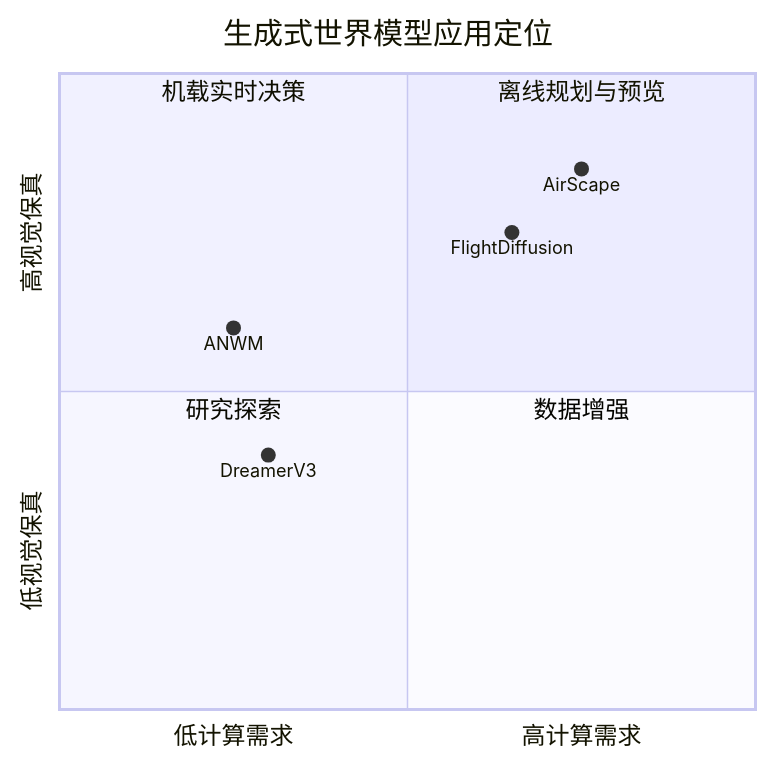
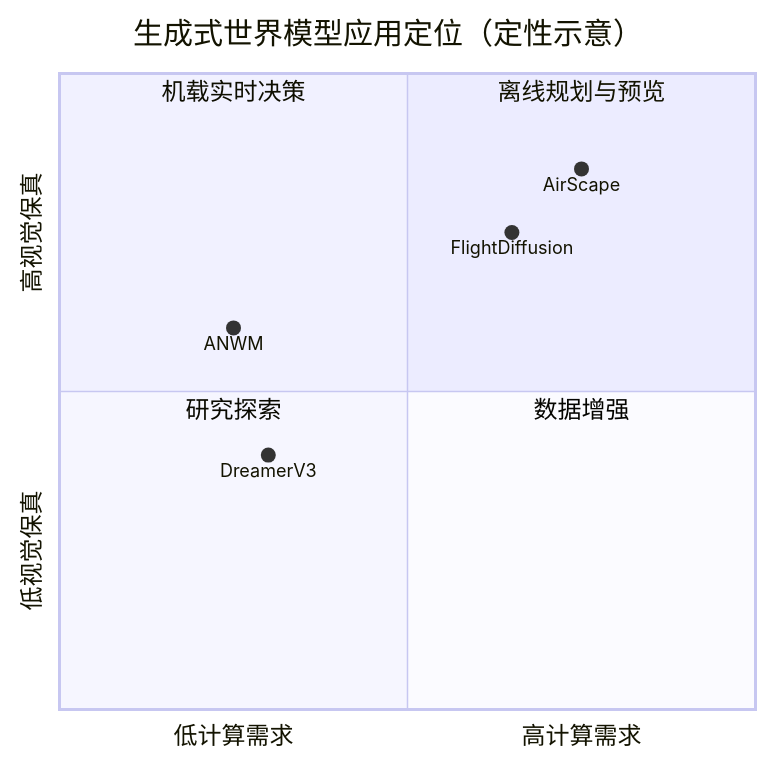
The eighth of 9 diagrams in docs/02-世界模型专题/02-生成式世界模型.md (Qxy661/UAV-WM-VLA-Learning), drawn with Mermaid before and after one commit. The commit also changed other lines of this file and 53 other files, not shown here.

````diff
--- a/docs/02-世界模型专题/02-生成式世界模型.md
+++ b/docs/02-世界模型专题/02-生成式世界模型.md
@@ -437,14 +400,14 @@
 ```mermaid
 quadrantChart
-    title 生成式世界模型应用定位
+    title 生成式世界模型应用定位（定性示意）
     x-axis 低计算需求 --> 高计算需求
     y-axis 低视觉保真 --> 高视觉保真
     quadrant-1 离线规划与预览
     quadrant-2 机载实时决策
     quadrant-3 研究探索
     quadrant-4 数据增强
     ANWM: [0.25, 0.60]
     AirScape: [0.75, 0.85]
     FlightDiffusion: [0.65, 0.75]
     DreamerV3: [0.30, 0.40]
 ```
````
